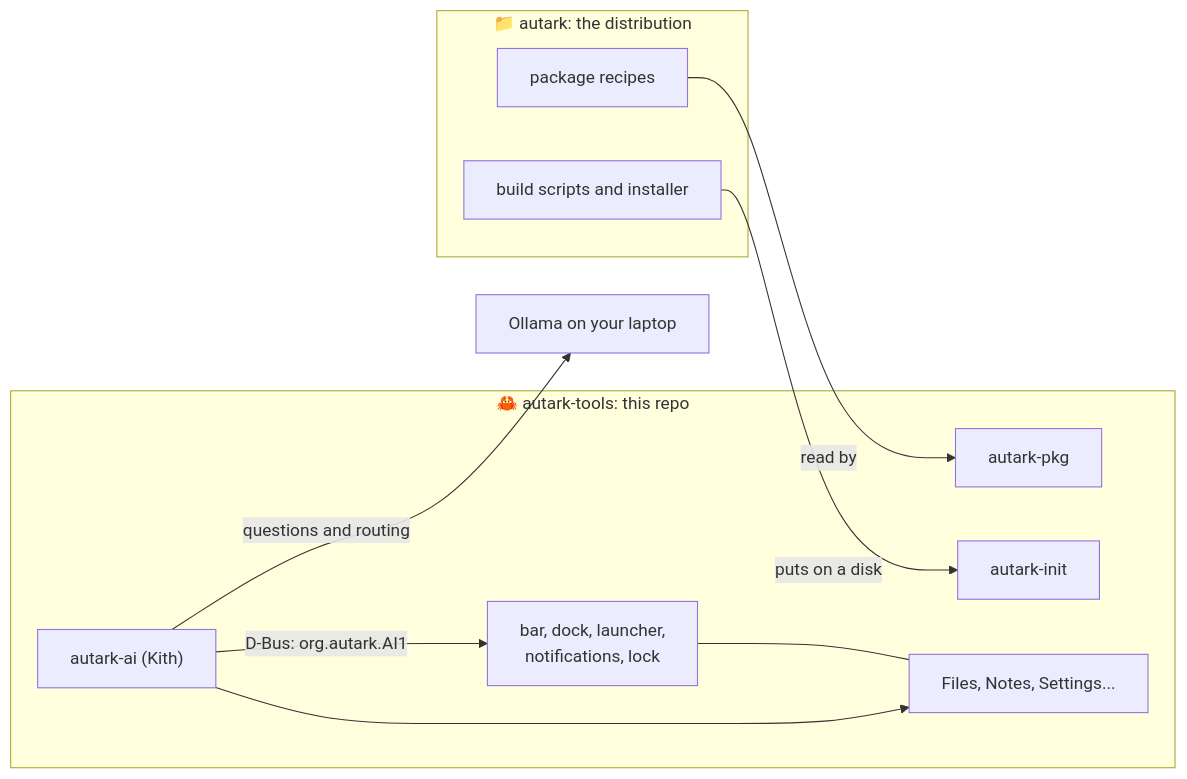
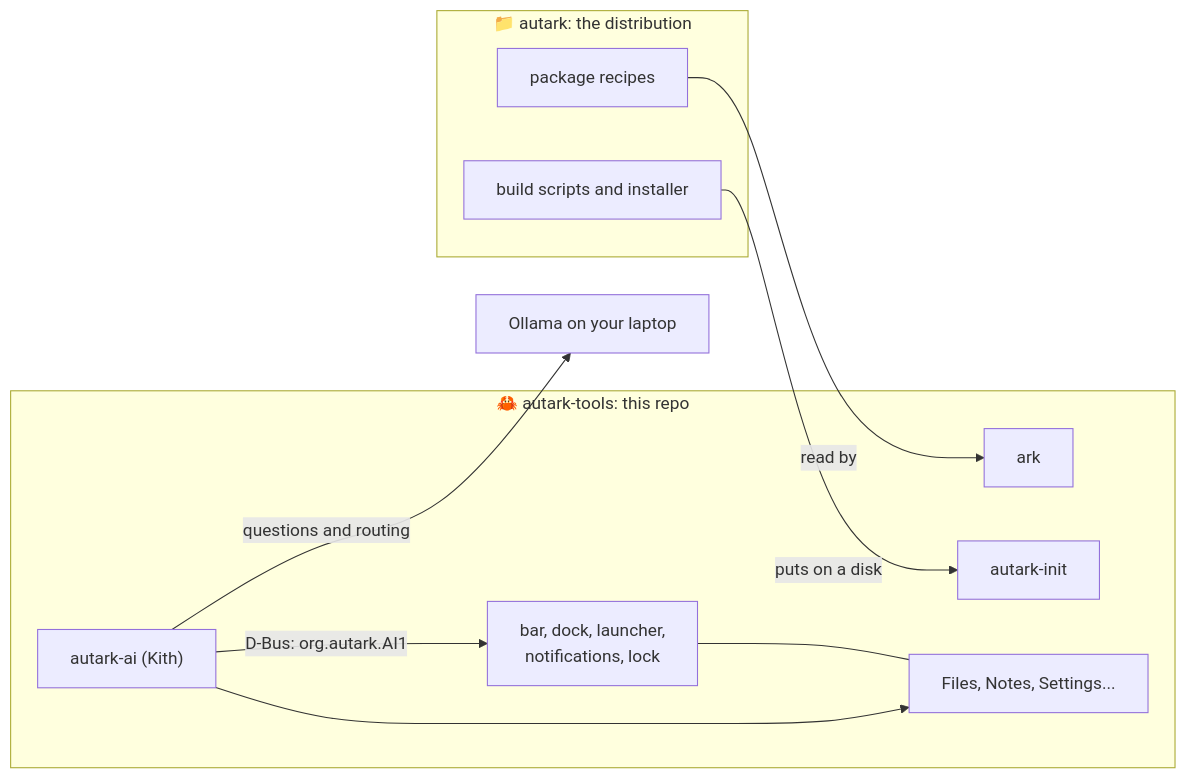
The diagram in README.md (Seuketchi/autark-tools), drawn with Mermaid before and after one commit. The commit also changed other lines of this file and 22 other files, not shown here.

First line of the commit message:
Rename the autark-pkg binary to ark

````diff
--- a/README.md
+++ b/README.md
@@ -31,20 +31,20 @@
 ```mermaid
 flowchart LR
   subgraph D["📁 autark: the distribution"]
     recipes["package recipes"]
     build["build scripts and installer"]
   end
   subgraph T["🦀 autark-tools: this repo"]
-    pkg["autark-pkg"]
+    pkg["ark"]
     init["autark-init"]
     shell["bar, dock, launcher,<br>notifications, lock"]
     apps["Files, Notes, Settings..."]
     ai["autark-ai (Kith)"]
   end
   recipes -->|"read by"| pkg
   build -->|"puts on a disk"| init
   shell --- apps
   ai -->|"D-Bus: org.autark.AI1"| shell
   ai --> apps
   ai -->|"questions and routing"| ollama["Ollama on your laptop"]
 ```
````
